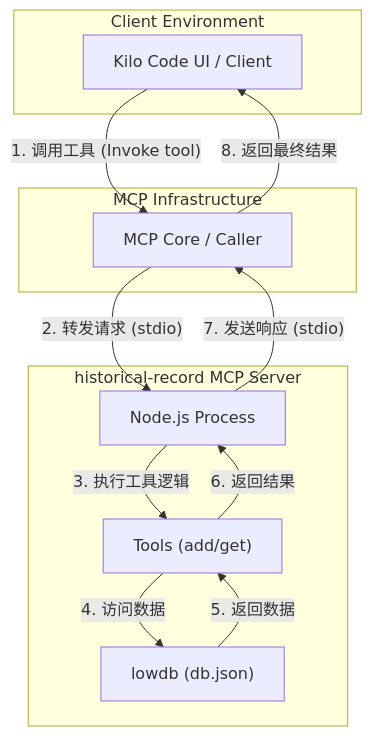
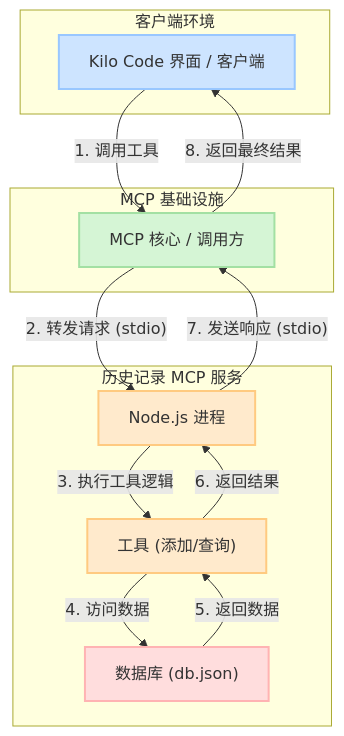
One commit to lijiaming1009/Historical-Record-MCP-Server changed the diagram in README.md. Above: the diagram before and after it, drawn with Mermaid.

Commit message:
一个用于记录和管理 AI 交互历史的模型上下文协议 (MCP) 服务

````diff
--- a/README.md
+++ b/README.md
@@ -72,25 +72,32 @@
 ```mermaid
 graph TD
-    subgraph "Client Environment"
-        A["Kilo Code UI / Client"]
+    subgraph "客户端环境"
+        A["Kilo Code 界面 / 客户端"]
     end
 
-    subgraph "MCP Infrastructure"
-        B["MCP Core / Caller"]
+    subgraph "MCP 基础设施"
+        B["MCP 核心 / 调用方"]
     end
 
-    subgraph "historical-record MCP Server"
-        C["Node.js Process"]
-        D["Tools (add/get)"]
-        E["lowdb (db.json)"]
+    subgraph "历史记录 MCP 服务"
+        C["Node.js 进程"]
+        D["工具 (添加/查询)"]
+        E["数据库 (db.json)"]
     end
 
-    A -- "1. 调用工具 (Invoke tool)" --> B
+    A -- "1. 调用工具" --> B
     B -- "2. 转发请求 (stdio)" --> C
     C -- "3. 执行工具逻辑" --> D
     D -- "4. 访问数据" --> E
     E -- "5. 返回数据" --> D
     D -- "6. 返回结果" --> C
     C -- "7. 发送响应 (stdio)" --> B
     B -- "8. 返回最终结果" --> A
+
+    %% 样式定义
+    style A fill:#cde4ff,stroke:#99c7ff,stroke-width:2px
+    style B fill:#d5f5d5,stroke:#a3e0a3,stroke-width:2px
+    style C fill:#ffeacc,stroke:#ffca80,stroke-width:2px
+    style D fill:#ffeacc,stroke:#ffca80,stroke-width:2px
+    style E fill:#ffdddd,stroke:#ffb3b3,stroke-width:2px
 ```
````
